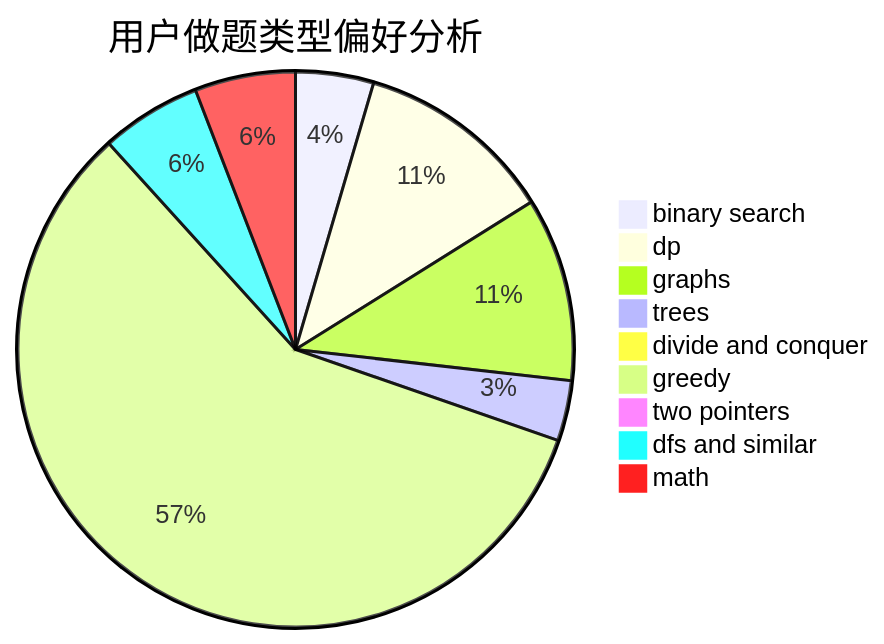
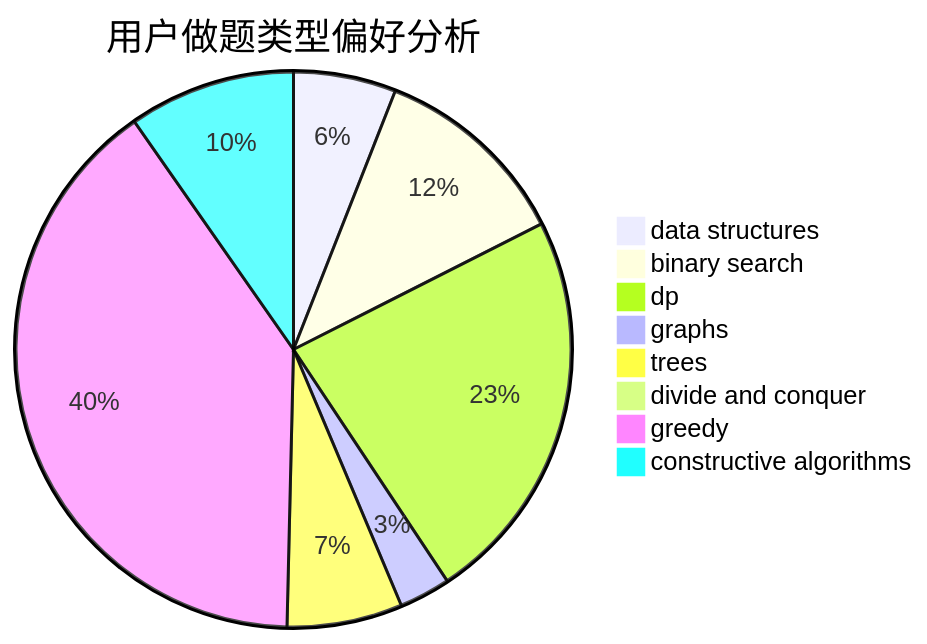
Before and after one commit to sherpahu/cfrs.github.io: the second of 3 diagrams in docs/user/u963.md, drawn with Mermaid. The commit also changed other lines of this file and 2775 other files, not shown here.

````diff
--- a/docs/user/u963.md
+++ b/docs/user/u963.md
@@ -23,12 +23,11 @@
 ```mermaid
 pie title 用户做题类型偏好分析
+    "data structures" :  16
     "binary search" :  31
-    "dp" :  79
-    "graphs" :  73
-    "trees" :  24
+    "dp" :  62
+    "graphs" :  8
+    "trees" :  18
     "divide and conquer" :  0
-    "greedy" :  396
-    "two pointers" :  6
-    "dfs and similar" :  40
-    "math" :  40
+    "greedy" :  107
+    "constructive algorithms" :  26
 ```
````
